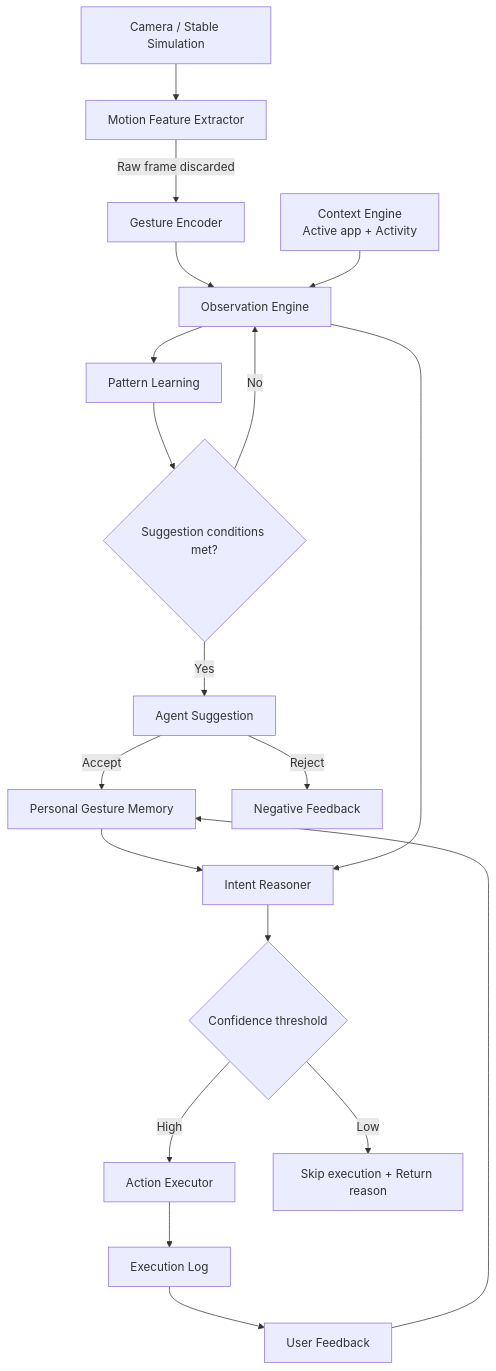
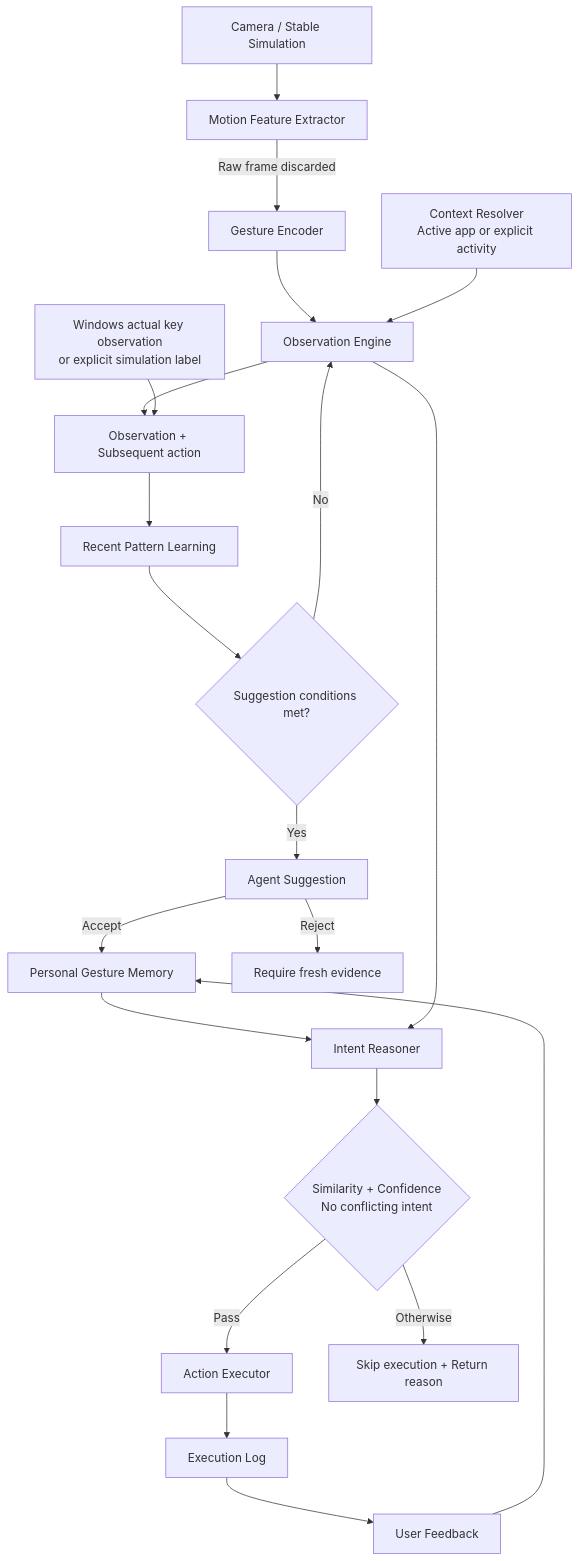
One commit to Wanted-WAVE-ON/WAVE-ON changed the diagram in docs/architecture.md. Above: the diagram before and after it, drawn with Mermaid. The commit also changed other lines of this file and 22 other files, not shown here.

````diff
--- a/docs/architecture.md
+++ b/docs/architecture.md
@@ -7,21 +7,23 @@
 ```mermaid
 flowchart TD
     A[Camera / Stable Simulation] --> B[Motion Feature Extractor]
     B -->|Raw frame discarded| C[Gesture Encoder]
     C --> D[Observation Engine]
-    X[Context Engine<br/>Active app + Activity] --> D
-    D --> E[Pattern Learning]
+    X[Context Resolver<br/>Active app or explicit activity] --> D
+    D --> T[Observation + Subsequent action]
+    Y[Windows actual key observation<br/>or explicit simulation label] --> T
+    T --> E[Recent Pattern Learning]
     E --> F{Suggestion conditions met?}
     F -- No --> D
     F -- Yes --> G[Agent Suggestion]
     G -- Accept --> H[Personal Gesture Memory]
-    G -- Reject --> I[Negative Feedback]
+    G -- Reject --> I[Require fresh evidence]
     H --> J[Intent Reasoner]
     D --> J
-    J --> K{Confidence threshold}
-    K -- High --> L[Action Executor]
-    K -- Low --> O[Skip execution + Return reason]
+    J --> K{Similarity + Confidence<br/>No conflicting intent}
+    K -- Pass --> L[Action Executor]
+    K -- Otherwise --> O[Skip execution + Return reason]
     L --> M[Execution Log]
     M --> N[User Feedback]
     N --> H
 ```
````
